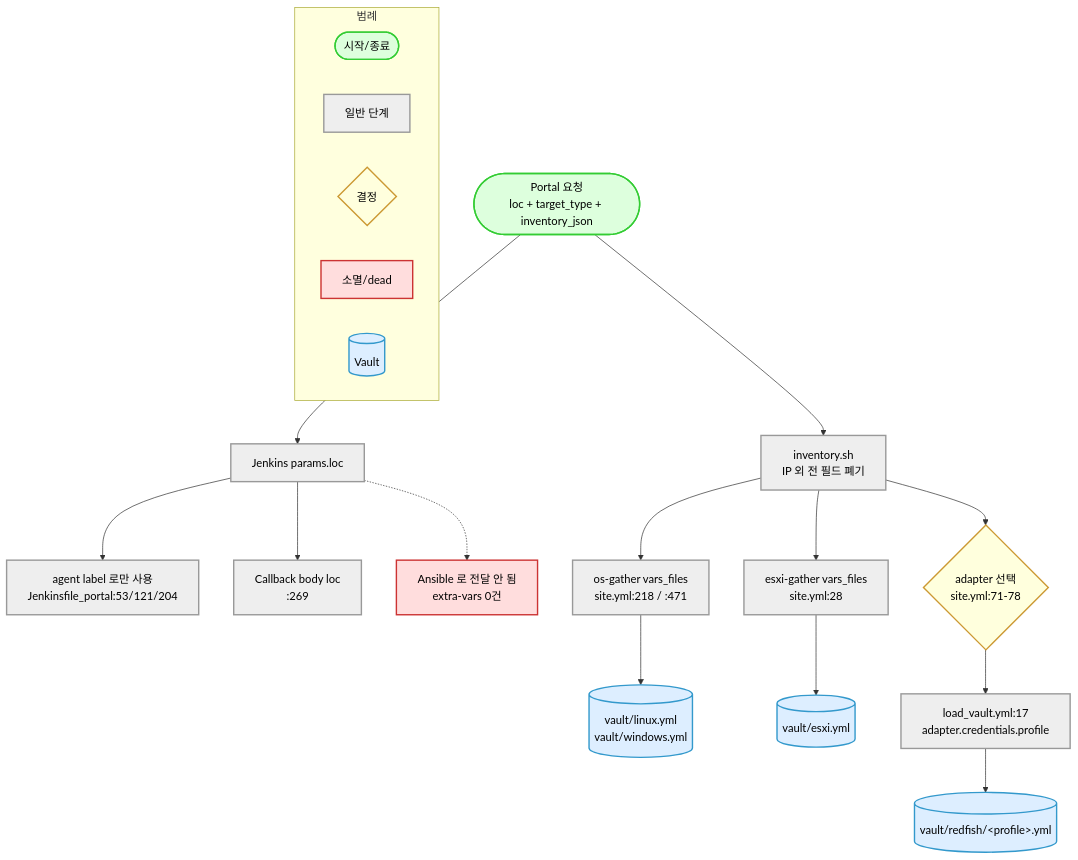
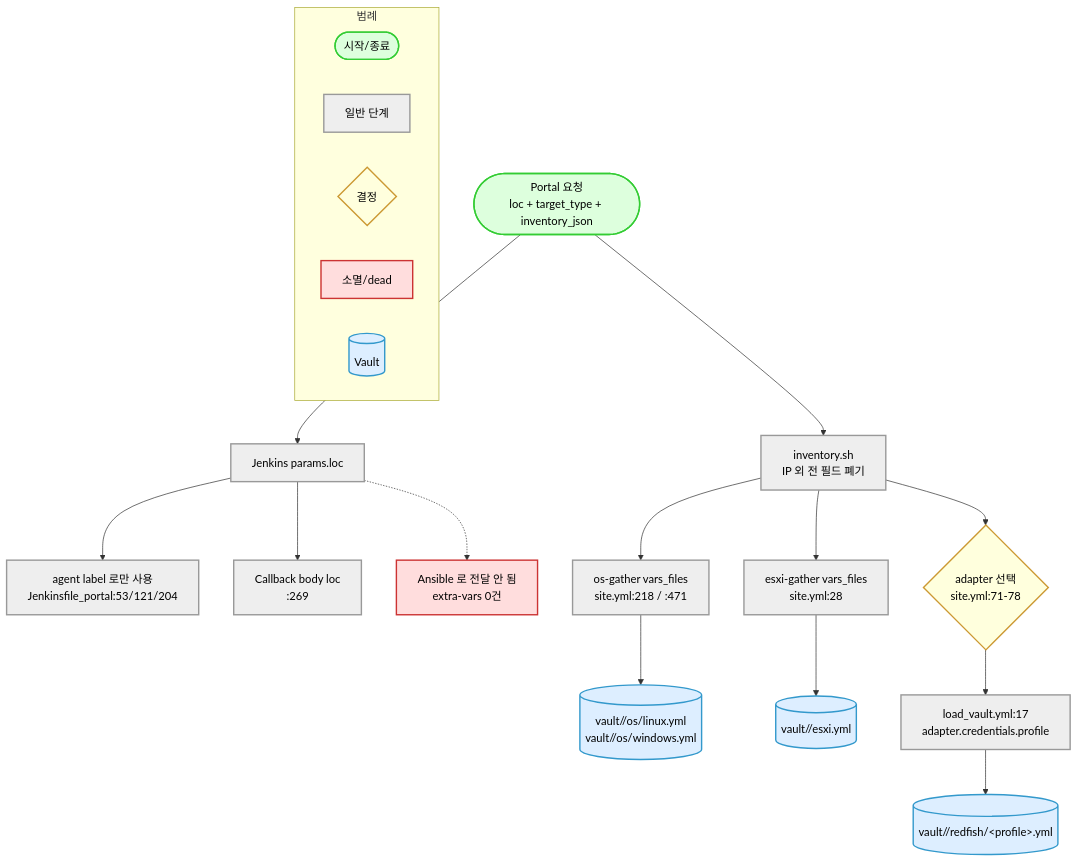
One commit to Jung-HyeonSu/server-expoter changed the first of 2 diagrams in docs/ai/contracts/vault-credential-resolver.md. Above: the diagram before and after it, drawn with Mermaid. The commit also changed other lines of this file and 208 other files, not shown here.

````diff
--- a/docs/ai/contracts/vault-credential-resolver.md
+++ b/docs/ai/contracts/vault-credential-resolver.md
@@ -67,41 +67,41 @@
 ```mermaid
 flowchart TD
     subgraph LEGEND ["범례"]
       L1([시작/종료]):::ok
       L2[일반 단계]:::plain
       L3{결정}:::warn
       L4[소멸/dead]:::ng
       L5[(Vault)]:::store
     end
 
     P([Portal 요청<br/>loc + target_type + inventory_json]):::ok
     JL[Jenkins params.loc]:::plain
     AG[agent label 로만 사용<br/>Jenkinsfile_portal:53/121/204]:::plain
     CB[Callback body loc<br/>:269]:::plain
     DEAD[Ansible 로 전달 안 됨<br/>extra-vars 0건]:::ng
 
     INV[inventory.sh<br/>IP 외 전 필드 폐기]:::plain
 
-    OSV[(vault/linux.yml<br/>vault/windows.yml)]:::store
-    EXV[(vault/esxi.yml)]:::store
-    RFV[(vault/redfish/&lt;profile&gt;.yml)]:::store
+    OSV[(vault/<loc>/os/linux.yml<br/>vault/<loc>/os/windows.yml)]:::store
+    EXV[(vault/<loc>/esxi.yml)]:::store
+    RFV[(vault/<loc>/redfish/&lt;profile&gt;.yml)]:::store
 
     OSP[os-gather vars_files<br/>site.yml:218 / :471]:::plain
     EXP[esxi-gather vars_files<br/>site.yml:28]:::plain
     ADP{adapter 선택<br/>site.yml:71-78}:::warn
     RFP[load_vault.yml:17<br/>adapter.credentials.profile]:::plain
 
     P --> JL --> AG
     JL --> CB
     JL -.-> DEAD
     P --> INV
     INV --> OSP --> OSV
     INV --> EXP --> EXV
     INV --> ADP --> RFP --> RFV
 
     classDef ok fill:#dfd,stroke:#3c3,stroke-width:2px,color:#000
     classDef ng fill:#fdd,stroke:#c33,stroke-width:2px,color:#000
     classDef warn fill:#ffd,stroke:#c93,stroke-width:2px,color:#000
     classDef plain fill:#eee,stroke:#999,stroke-width:2px,color:#000
     classDef store fill:#def,stroke:#39c,stroke-width:2px,color:#000
 ```
````
